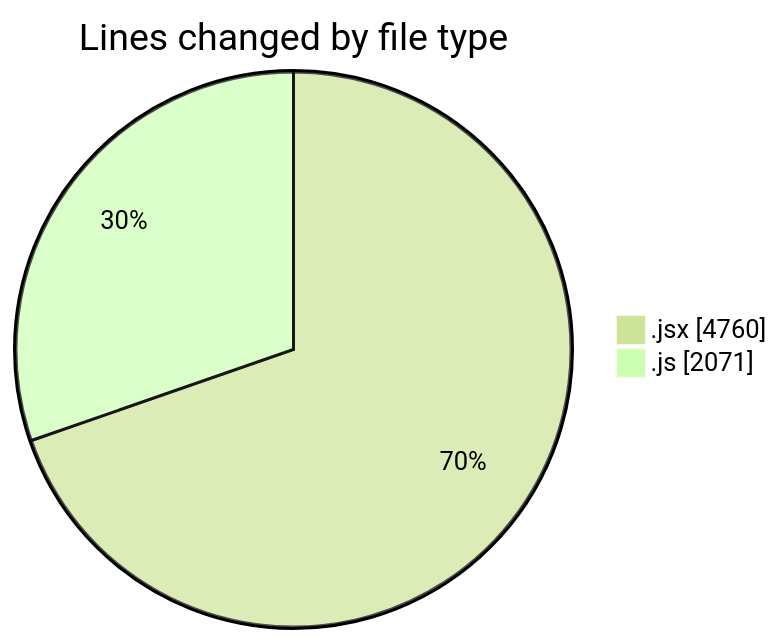
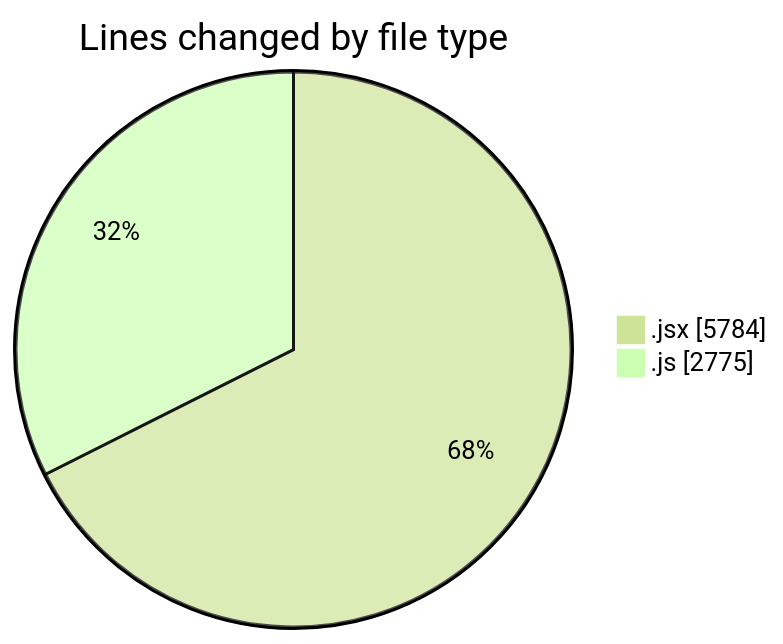
Before and after one commit to nxtqubesakshisongat/code-tracking: the first of 2 diagrams in 2025-08-04/nxtqube_webapp/README.md, drawn with Mermaid (forest theme). The commit also changed other lines of this file and 1 other file, not shown here.

````diff
--- a/2025-08-04/nxtqube_webapp/README.md
+++ b/2025-08-04/nxtqube_webapp/README.md
@@ -37,6 +41,6 @@
 ```mermaid
 pie showData
 title Lines changed by file type
-".jsx" : 4760
-".js" : 2071
+".jsx" : 5784
+".js" : 2775
 ```
````
